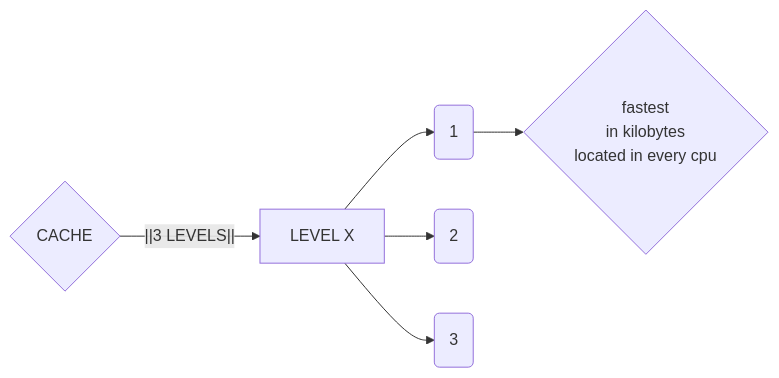
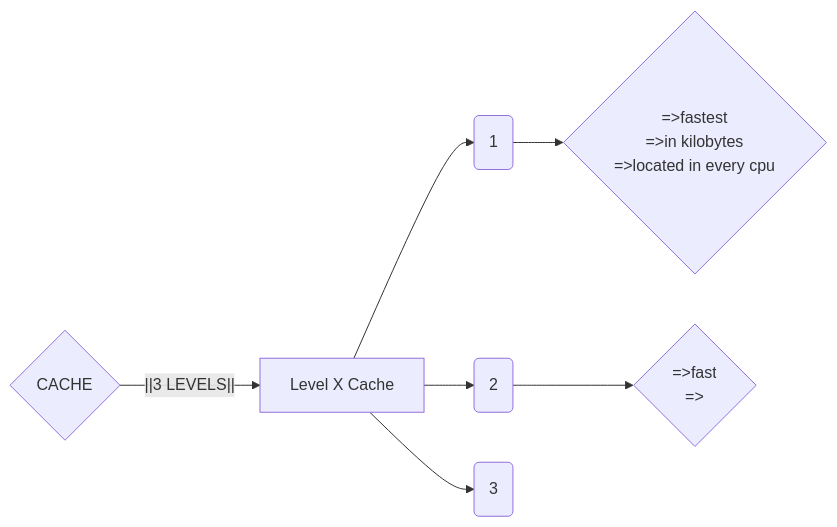
One commit to 0xClumzzy/learning changed the diagram in aox/Notes/Computer architecture.md. Above: the diagram before and after it, drawn with Mermaid. The commit also changed other lines of this file, not shown here.

Commit message:
vault backup: 2026-07-26 18:12:56

````diff
--- a/aox/Notes/Computer architecture.md
+++ b/aox/Notes/Computer architecture.md
@@ -11,7 +11,7 @@
 ```mermaid 
 flowchart LR
-a1{CACHE}--||3 LEVELS||-->a2[LEVEL X]
-a2-->A(1)-->p1{fastest<br>in kilobytes<br>located in every cpu}
-a2-->B(2)
+a1{CACHE}--||3 LEVELS||-->a2[Level X Cache]
+a2-->A(1)-->p1{=>fastest<br>=>in kilobytes<br>=>located in every cpu}
+a2-->B(2)-->p2{=>fast<br>=>}
 a2-->C(3)
 ```
````
